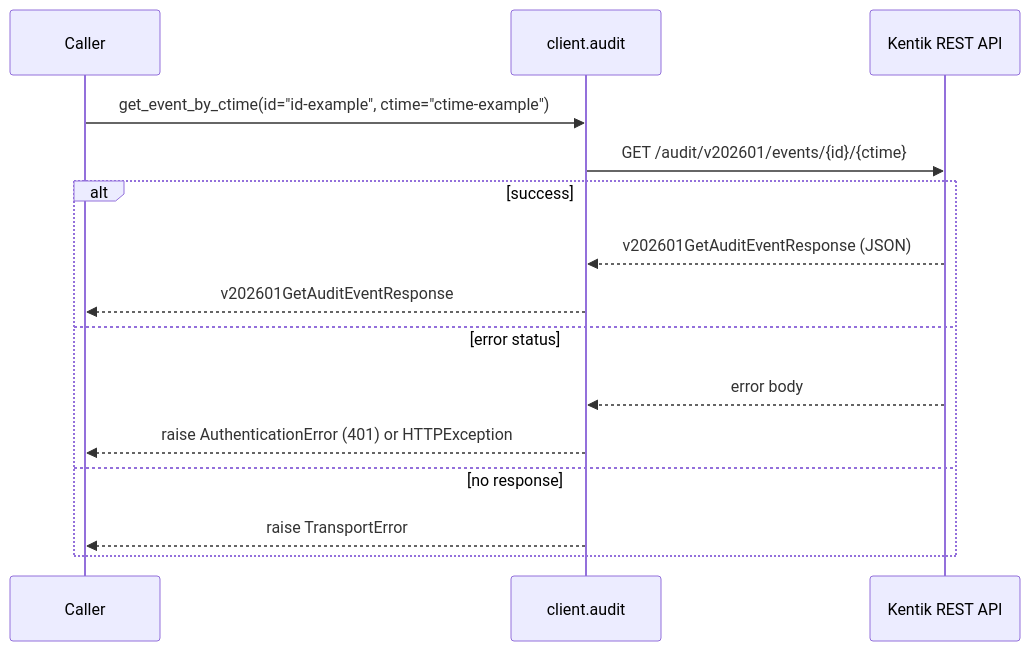
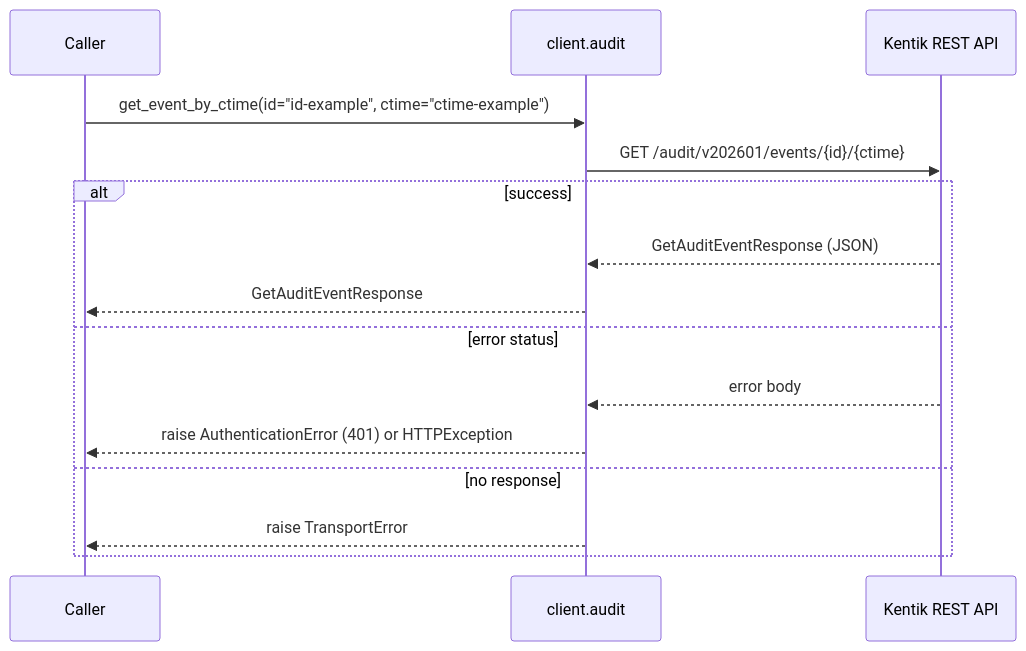
Before and after one commit to alexdearaujo/community_sdk_python: the sixth of 8 diagrams in docs/sphinx/services/audit.md, drawn with Mermaid. The commit also changed other lines of this file and 38 other files, not shown here.

````diff
--- a/docs/sphinx/services/audit.md
+++ b/docs/sphinx/services/audit.md
@@ -192,18 +192,18 @@
 ```mermaid
 sequenceDiagram
     participant C as Caller
     participant W as client.audit
     participant API as Kentik REST API
 
     C->>W: get_event_by_ctime(id="id-example", ctime="ctime-example")
     W->>API: GET /audit/v202601/events/{id}/{ctime}
     alt success
-        API-->>W: v202601GetAuditEventResponse (JSON)
-        W-->>C: v202601GetAuditEventResponse
+        API-->>W: GetAuditEventResponse (JSON)
+        W-->>C: GetAuditEventResponse
     else error status
         API-->>W: error body
         W-->>C: raise AuthenticationError (401) or HTTPException
     else no response
         W-->>C: raise TransportError
     end
 ```
````
